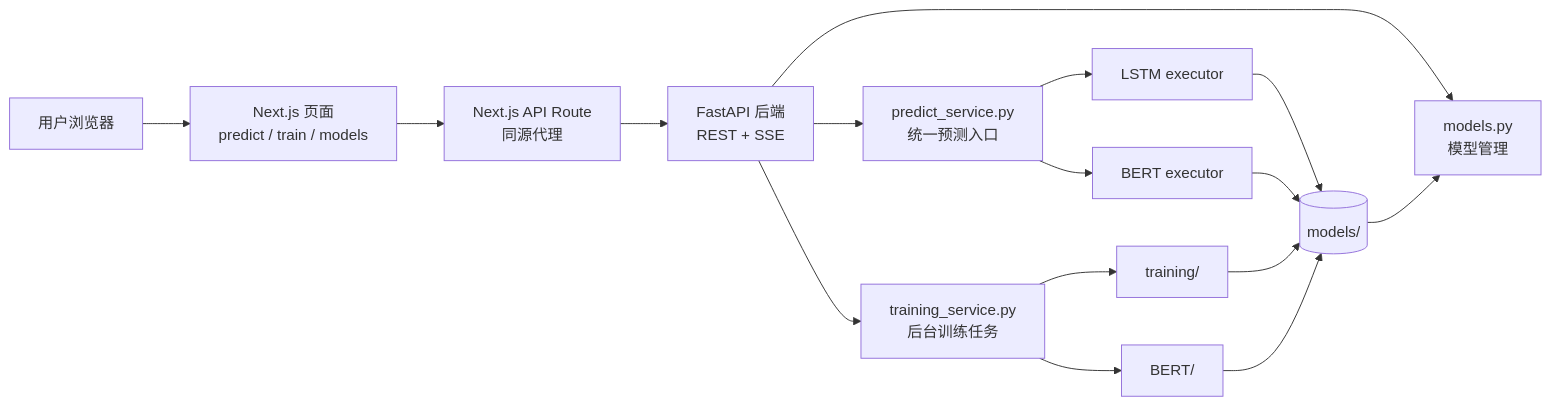
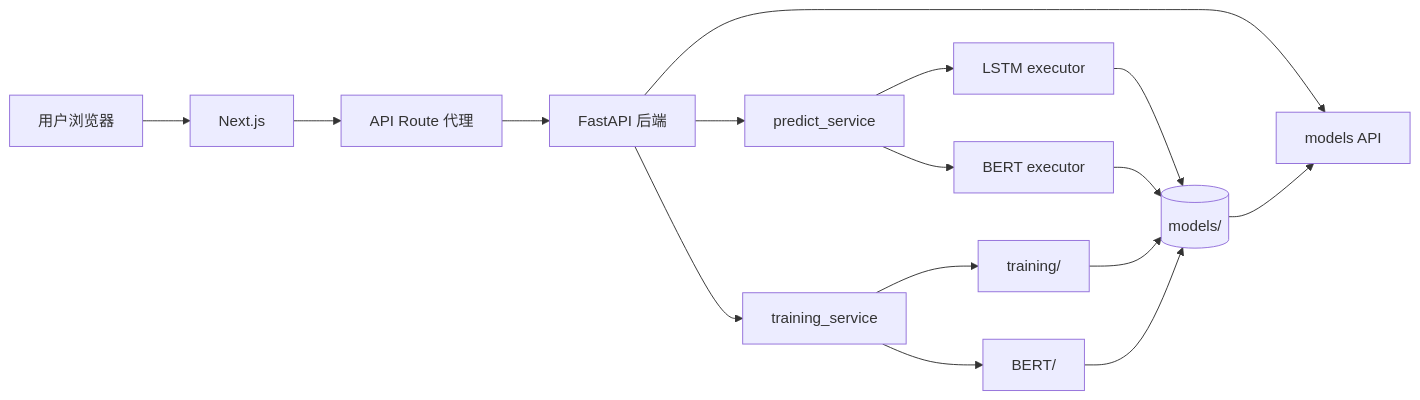
The first of 4 diagrams in slidev/slides.md (Cthaat/SentimentFlow), drawn with Mermaid before and after one commit. The commit also changed other lines of this file and 3 other files, not shown here.

````diff
--- a/slidev/slides.md
+++ b/slidev/slides.md
@@ -167,18 +442,18 @@
 ```mermaid
 flowchart LR
-  Browser[用户浏览器] --> NextPage[Next.js 页面<br/>predict / train / models]
-  NextPage --> ApiRoute[Next.js API Route<br/>同源代理]
-  ApiRoute --> FastAPI[FastAPI 后端<br/>REST + SSE]
-  FastAPI --> PredictService[predict_service.py<br/>统一预测入口]
-  FastAPI --> TrainingService[training_service.py<br/>后台训练任务]
-  FastAPI --> ModelAPI[models.py<br/>模型管理]
-  PredictService --> LSTMExec[LSTM executor]
-  PredictService --> BERTExec[BERT executor]
-  TrainingService --> LSTMTrain[training/]
-  TrainingService --> BERTTrain[BERT/]
-  LSTMExec --> Models[(models/)]
-  BERTExec --> Models
-  LSTMTrain --> Models
-  BERTTrain --> Models
-  Models --> ModelAPI
+  Browser[用户浏览器] --> NextPage[Next.js]
+  NextPage --> ApiRoute[API Route 代理]
+  ApiRoute --> FastAPI[FastAPI 后端]
+  FastAPI --> Predict[predict_service]
+  FastAPI --> Train[training_service]
+  FastAPI --> Models[models API]
+  Predict --> LSTM[LSTM executor]
+  Predict --> BERT[BERT executor]
+  Train --> LT[training/]
+  Train --> BT[BERT/]
+  LSTM --> Store[(models/)]
+  BERT --> Store
+  LT --> Store
+  BT --> Store
+  Store --> Models
 ```
````
